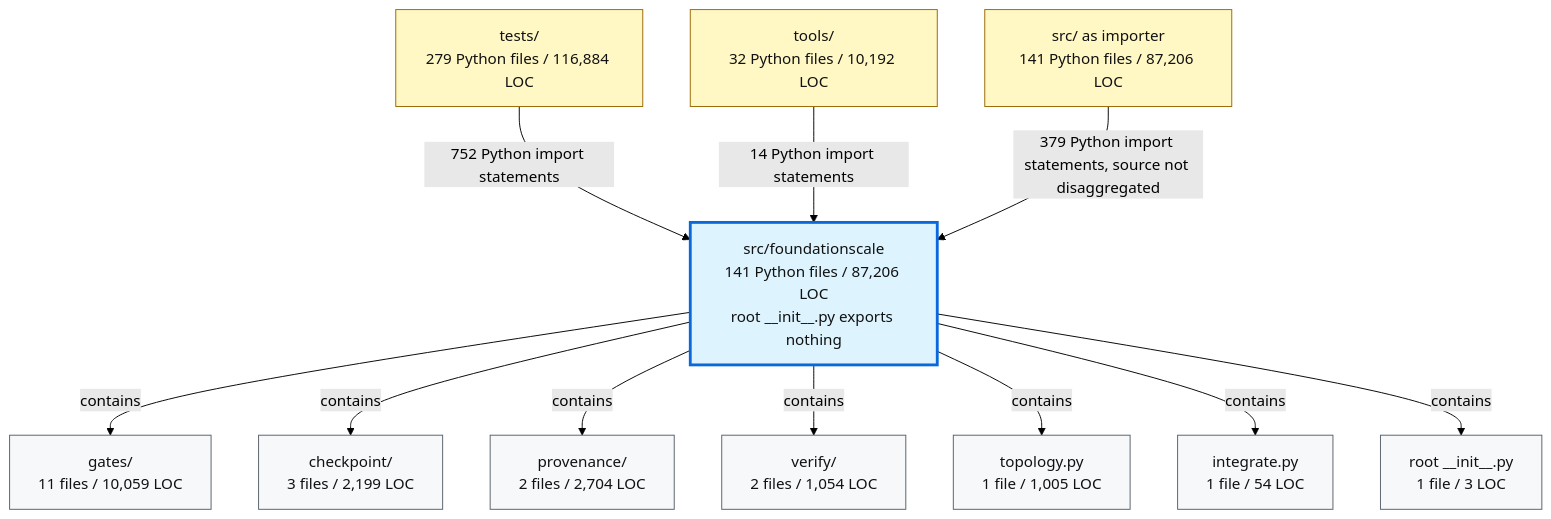
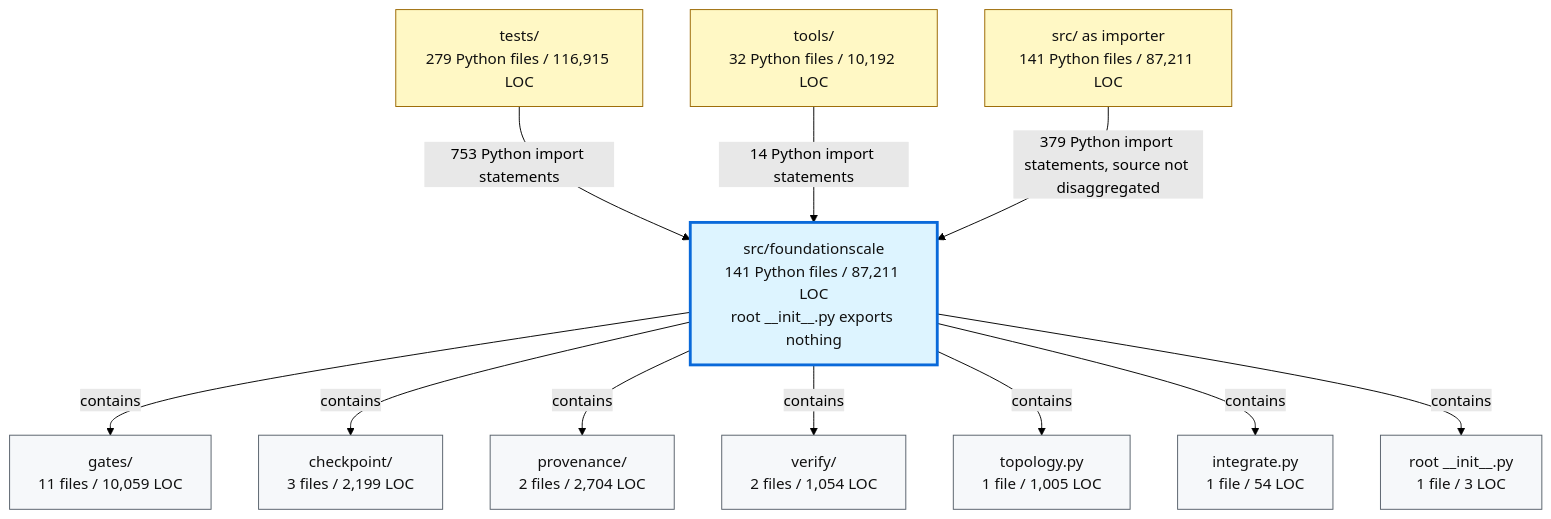
Before and after one commit to TranNhiem/FoundationScale: the second of 2 diagrams in docs/review/D2_current_architecture.md, drawn with Mermaid (forest theme). The commit also changed other lines of this file and 10 other files, not shown here.

````diff
--- a/docs/review/D2_current_architecture.md
+++ b/docs/review/D2_current_architecture.md
@@ -97,36 +97,36 @@
 ```mermaid
 flowchart TB
-  TESTS["tests/<br/>279 Python files / 116,884 LOC"]
+  TESTS["tests/<br/>279 Python files / 116,915 LOC"]
   TOOLS["tools/<br/>32 Python files / 10,192 LOC"]
-  SRC["src/ as importer<br/>141 Python files / 87,206 LOC"]
+  SRC["src/ as importer<br/>141 Python files / 87,211 LOC"]
 
-  FS["src/foundationscale<br/>141 Python files / 87,206 LOC<br/>root __init__.py exports nothing"]
+  FS["src/foundationscale<br/>141 Python files / 87,211 LOC<br/>root __init__.py exports nothing"]
 
   GATES["gates/<br/>11 files / 10,059 LOC"]
   CKPT["checkpoint/<br/>3 files / 2,199 LOC"]
   PROV["provenance/<br/>2 files / 2,704 LOC"]
   VERIFY["verify/<br/>2 files / 1,054 LOC"]
   TOPO["topology.py<br/>1 file / 1,005 LOC"]
   INTEG["integrate.py<br/>1 file / 54 LOC"]
   ROOT["root __init__.py<br/>1 file / 3 LOC"]
 
-  TESTS -->|"752 Python import statements"| FS
+  TESTS -->|"753 Python import statements"| FS
   TOOLS -->|"14 Python import statements"| FS
   SRC -->|"379 Python import statements, source not disaggregated"| FS
 
   FS -->|"contains"| GATES
   FS -->|"contains"| CKPT
   FS -->|"contains"| PROV
   FS -->|"contains"| VERIFY
   FS -->|"contains"| TOPO
   FS -->|"contains"| INTEG
   FS -->|"contains"| ROOT
 
   classDef consumer fill:#fff8c5,stroke:#9a6700,color:#111;
   classDef package fill:#ddf4ff,stroke:#0969da,stroke-width:3px,color:#111;
   classDef module fill:#f6f8fa,stroke:#57606a,color:#111;
 
   class TESTS,TOOLS,SRC consumer;
   class FS package;
   class GATES,CKPT,PROV,VERIFY,TOPO,INTEG,ROOT module;
 ```
````
